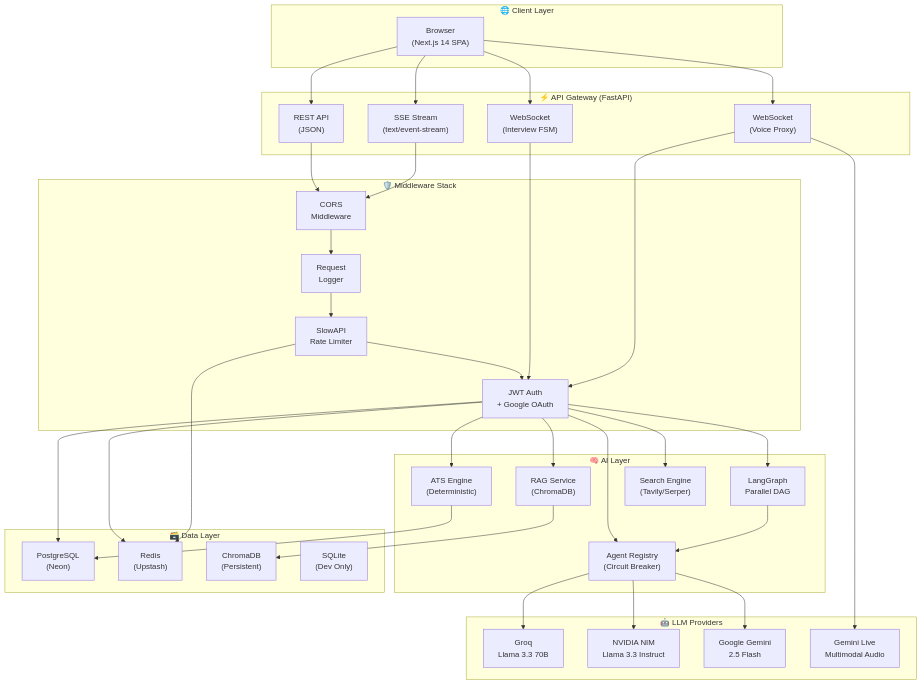
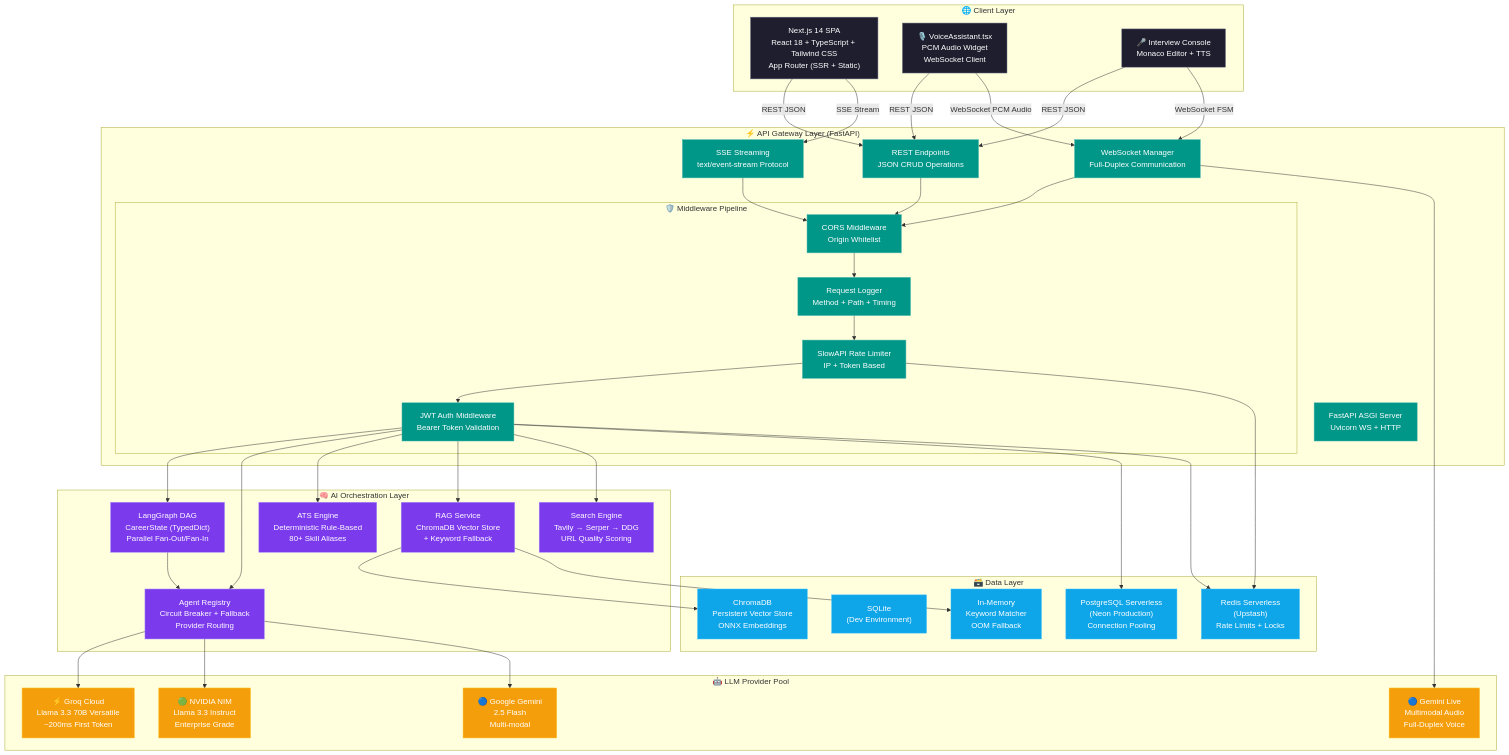
The first of 36 diagrams in ARCHITECTURE.md (Anil-Pradhan-web/ai-career-mentor), drawn with Mermaid before and after one commit. The commit also changed other lines of this file and 3 other files, not shown here.

Commit message:
docs: upgrade README, ARCHITECTURE, SYSTEM, API docs to professional high-level design with emojis, diagrams, and detailed explanations

````diff
--- a/ARCHITECTURE.md
+++ b/ARCHITECTURE.md
@@ -31,58 +44,77 @@
 ```mermaid
 graph TB
-    subgraph Client ["🌐 Client Layer"]
-        Browser["Browser\n(Next.js 14 SPA)"]
+    classDef client fill:#1e1e2e,color:#fff,stroke:#6c7086
+    classDef gateway fill:#009688,color:#fff,stroke:#4db6ac
+    classDef ai fill:#7c3aed,color:#fff,stroke:#a78bfa
+    classDef llm fill:#f59e0b,color:#fff,stroke:#fbbf24
+    classDef data fill:#0ea5e9,color:#fff,stroke:#38bdf8
+    classDef ext fill:#ef4444,color:#fff,stroke:#f87171
+
+    subgraph "🌐 Client Layer"
+        UI["Next.js 14 SPA<br/>React 18 + TypeScript + Tailwind CSS<br/>App Router (SSR + Static)"]
+        VA["🎙️ VoiceAssistant.tsx<br/>PCM Audio Widget<br/>WebSocket Client"]
+        MI["🎤 Interview Console<br/>Monaco Editor + TTS"]
     end
 
-    subgraph Gateway ["⚡ API Gateway (FastAPI)"]
-        REST["REST API\n(JSON)"]
-        SSE["SSE Stream\n(text/event-stream)"]
-        WS_INT["WebSocket\n(Interview FSM)"]
-        WS_VOICE["WebSocket\n(Voice Proxy)"]
+    subgraph "⚡ API Gateway Layer (FastAPI)"
+        GW["FastAPI ASGI Server<br/>Uvicorn WS + HTTP"]
+        REST["REST Endpoints<br/>JSON CRUD Operations"]
+        SSE["SSE Streaming<br/>text/event-stream Protocol"]
+        WS_MGR["WebSocket Manager<br/>Full-Duplex Communication"]
+        
+        subgraph "🛡️ Middleware Pipeline"
+            CORS["CORS Middleware<br/>Origin Whitelist"]
+            LOG["Request Logger<br/>Method + Path + Timing"]
+            SLW["SlowAPI Rate Limiter<br/>IP + Token Based"]
+            JWT["JWT Auth Middleware<br/>Bearer Token Validation"]
+        end
     end
 
-    subgraph Middleware ["🛡️ Middleware Stack"]
-        CORS["CORS\nMiddleware"]
-        LOG["Request\nLogger"]
-        RATE["SlowAPI\nRate Limiter"]
-        AUTH["JWT Auth\n+ Google OAuth"]
+    subgraph "🧠 AI Orchestration Layer"
+        LG["LangGraph DAG<br/>CareerState (TypedDict)<br/>Parallel Fan-Out/Fan-In"]
+        REG["Agent Registry<br/>Circuit Breaker + Fallback<br/>Provider Routing"]
+        ATS["ATS Engine<br/>Deterministic Rule-Based<br/>80+ Skill Aliases"]
+        RAG_SVC["RAG Service<br/>ChromaDB Vector Store<br/>+ Keyword Fallback"]
+        SE["Search Engine<br/>Tavily → Serper → DDG<br/>URL Quality Scoring"]
     end
 
-    subgraph AI ["🧠 AI Layer"]
-        LG["LangGraph\nParallel DAG"]
-        REG["Agent Registry\n(Circuit Breaker)"]
-        ATS["ATS Engine\n(Deterministic)"]
-        RAG["RAG Service\n(ChromaDB)"]
-        SE["Search Engine\n(Tavily/Serper)"]
+    subgraph "🤖 LLM Provider Pool"
+        GROQ["⚡ Groq Cloud<br/>Llama 3.3 70B Versatile<br/>~200ms First Token"]
+        NVD["🟢 NVIDIA NIM<br/>Llama 3.3 Instruct<br/>Enterprise Grade"]
+        GEM["🔵 Google Gemini<br/>2.5 Flash<br/>Multi-modal"]
+        GML["🔵 Gemini Live<br/>Multimodal Audio<br/>Full-Duplex Voice"]
     end
 
-    subgraph LLM ["🤖 LLM Providers"]
-        GROQ["Groq\nLlama 3.3 70B"]
-        NIM["NVIDIA NIM\nLlama 3.3 Instruct"]
-        GEM["Google Gemini\n2.5 Flash"]
-        GEM_LIVE["Gemini Live\nMultimodal Audio"]
+    subgraph "🗃️ Data Layer"
+        PG["PostgreSQL Serverless<br/>(Neon Production)<br/>Connection Pooling"]
+        SQL["SQLite<br/>(Dev Environment)"]
+        RD["Redis Serverless<br/>(Upstash)<br/>Rate Limits + Locks"]
+        CD["ChromaDB<br/>Persistent Vector Store<br/>ONNX Embeddings"]
+        MEM["In-Memory<br/>Keyword Matcher<br/>OOM Fallback"]
     end
 
-    subgraph DB ["🗃️ Data Layer"]
-        PG["PostgreSQL\n(Neon)"]
-        REDIS["Redis\n(Upstash)"]
-        CHROMA["ChromaDB\n(Persistent)"]
-        SQLITE["SQLite\n(Dev Only)"]
-    end
-
-    Browser --> REST & SSE & WS_INT & WS_VOICE
-    REST --> CORS --> LOG --> RATE --> AUTH
-    SSE --> CORS
-    WS_INT --> AUTH
-    WS_VOICE --> AUTH
-
-    AUTH --> LG & REG & ATS & RAG & SE
+    UI & VA & MI -->|"REST JSON"| REST
+    UI -->|"SSE Stream"| SSE
+    MI -->|"WebSocket FSM"| WS_MGR
+    VA -->|"WebSocket PCM Audio"| WS_MGR
+    
+    REST & SSE & WS_MGR --> CORS --> LOG --> SLW --> JWT
+    
+    JWT --> LG & REG & ATS & RAG_SVC & SE
+    
     LG --> REG
-    REG --> GROQ & NIM & GEM
-    WS_VOICE --> GEM_LIVE
-
-    AUTH --> PG & REDIS
-    RATE --> REDIS
-    RAG --> CHROMA
-    ATS --> PG
+    REG --> GROQ & NVD & GEM
+    WS_MGR --> GML
+    
+    JWT --> PG
+    JWT --> RD
+    SLW --> RD
+    
+    RAG_SVC --> CD & MEM
+    
+    class UI,VA,MI client
+    class GW,REST,SSE,WS_MGR,CORS,LOG,SLW,JWT gateway
+    class LG,REG,ATS,RAG_SVC,SE ai
+    class GROQ,NVD,GEM,GML llm
+    class PG,SQL,RD,CD,MEM data
 ```
````
